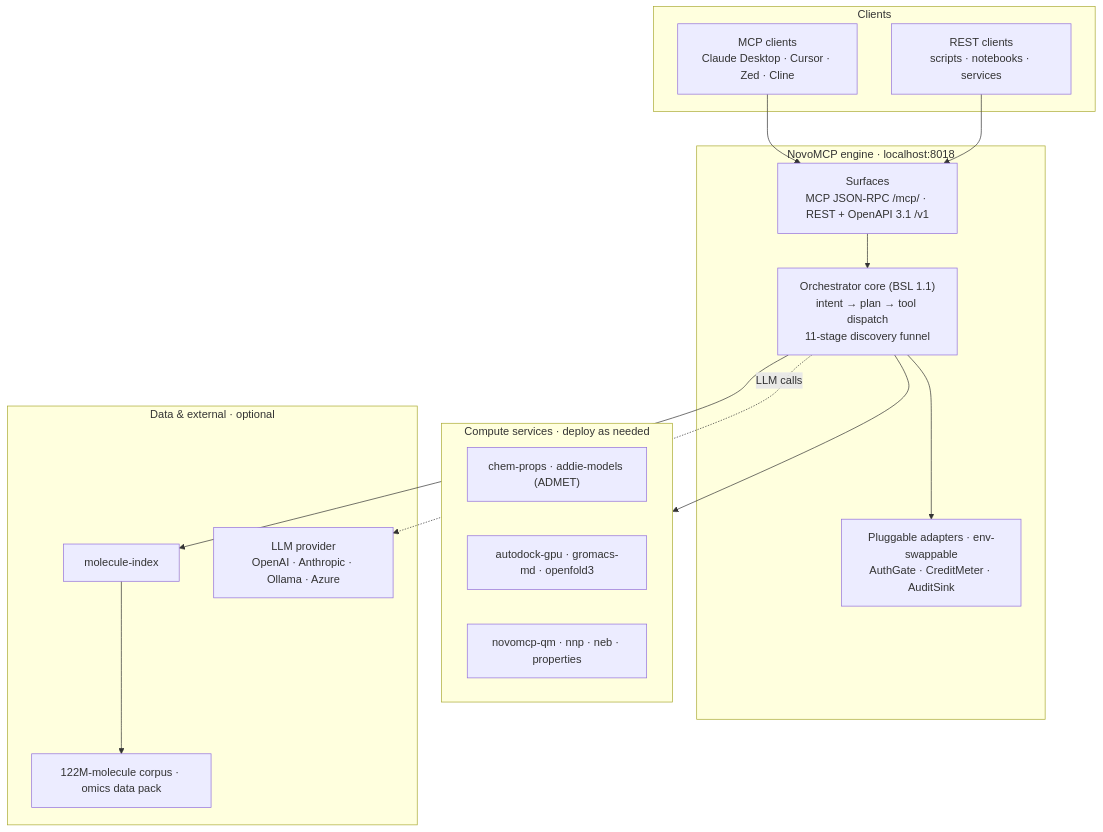
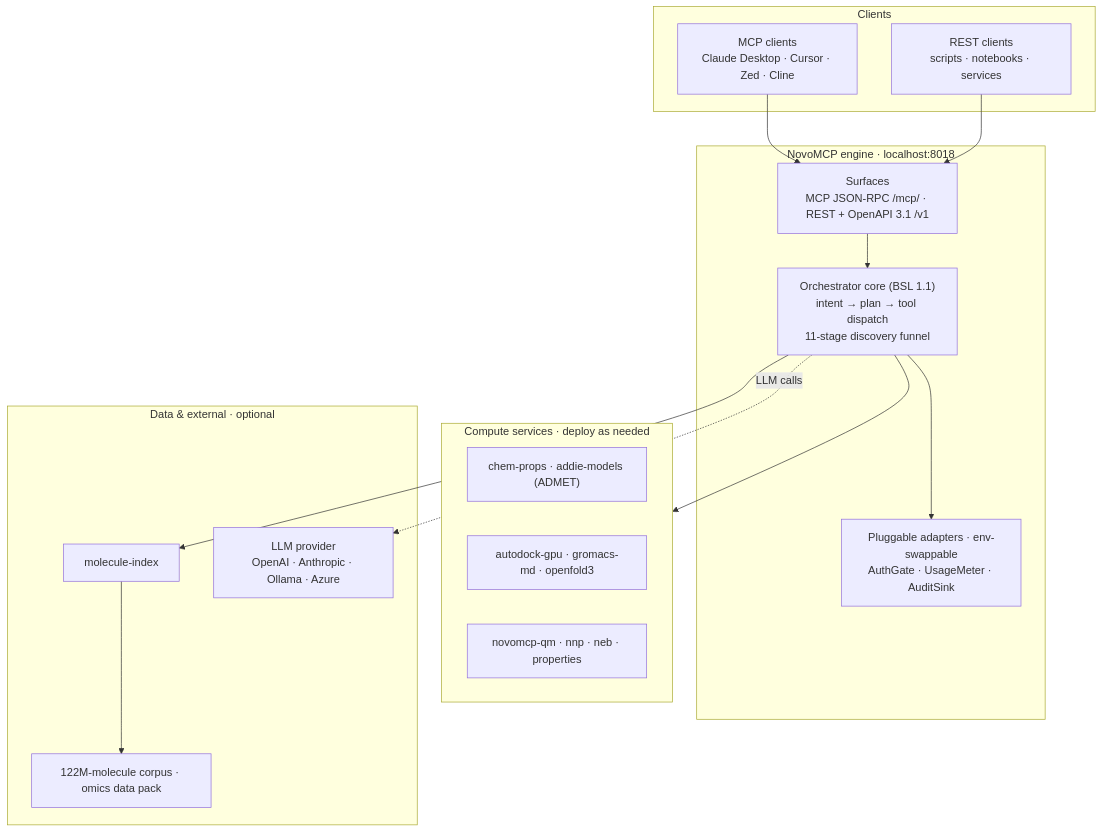
One commit to NovoMCP/novomcp changed the diagram in docs/architecture.md. Above: the diagram before and after it, drawn with Mermaid. The commit also changed other lines of this file and 9 other files, not shown here.

````diff
--- a/docs/architecture.md
+++ b/docs/architecture.md
@@ -7,34 +7,34 @@
 ```mermaid
 flowchart TB
     subgraph clients["Clients"]
         C1["MCP clients<br/>Claude Desktop · Cursor · Zed · Cline"]
         C2["REST clients<br/>scripts · notebooks · services"]
     end
 
     subgraph engine["NovoMCP engine · localhost:8018"]
         S["Surfaces<br/>MCP JSON-RPC /mcp/ · REST + OpenAPI 3.1 /v1"]
         K["Orchestrator core (BSL 1.1)<br/>intent → plan → tool dispatch<br/>11-stage discovery funnel"]
-        A["Pluggable adapters · env-swappable<br/>AuthGate · CreditMeter · AuditSink"]
+        A["Pluggable adapters · env-swappable<br/>AuthGate · UsageMeter · AuditSink"]
     end
 
     subgraph compute["Compute services · deploy as needed"]
         M1["chem-props · addie-models (ADMET)"]
         M2["autodock-gpu · gromacs-md · openfold3"]
         M3["novomcp-qm · nnp · neb · properties"]
     end
 
     subgraph ext["Data & external · optional"]
         F["molecule-index"]
         D["122M-molecule corpus · omics data pack"]
         L["LLM provider<br/>OpenAI · Anthropic · Ollama · Azure"]
     end
 
     C1 --> S
     C2 --> S
     S --> K
     K --> A
     K --> compute
     K --> F
     F --> D
     K -.->|LLM calls| L
 ```
````
